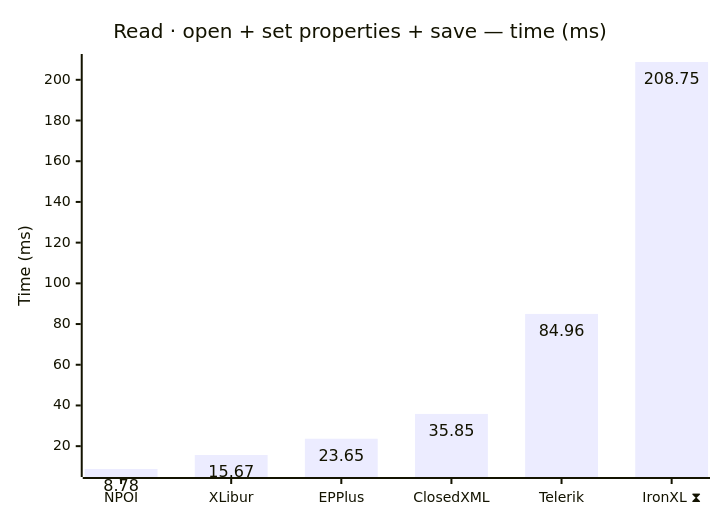
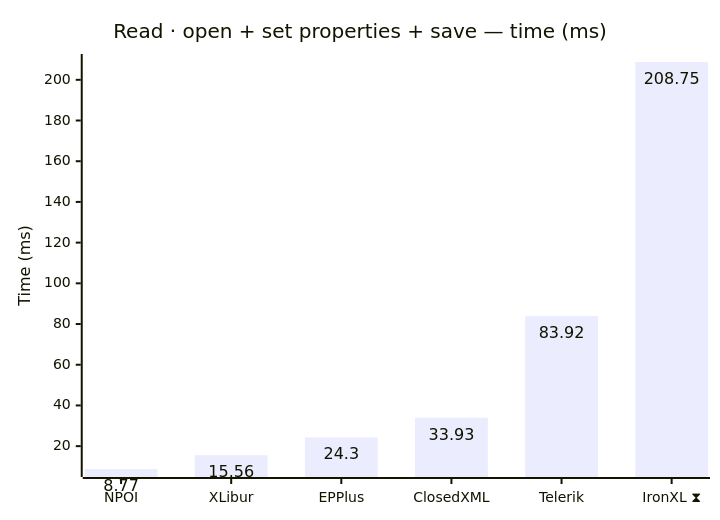
One commit to jafin/XLBench changed the first of 12 diagrams in docs/results.md. Above: the diagram before and after it, drawn with Mermaid. The commit also changed other lines of this file and 4 other files, not shown here.

````diff
--- a/docs/results.md
+++ b/docs/results.md
@@ -40,12 +40,12 @@
 ```mermaid
 ---
 config:
   xyChart:
     showDataLabel: true
 ---
 xychart-beta
     title "Read · open + set properties + save — time (ms)"
     x-axis ["NPOI", "XLibur", "EPPlus", "ClosedXML", "Telerik", "IronXL ⧗"]
     y-axis "Time (ms)"
-    bar [8.78, 15.67, 23.65, 35.85, 84.96, 208.75]
+    bar [8.77, 15.56, 24.3, 33.93, 83.92, 208.75]
 ```
````
